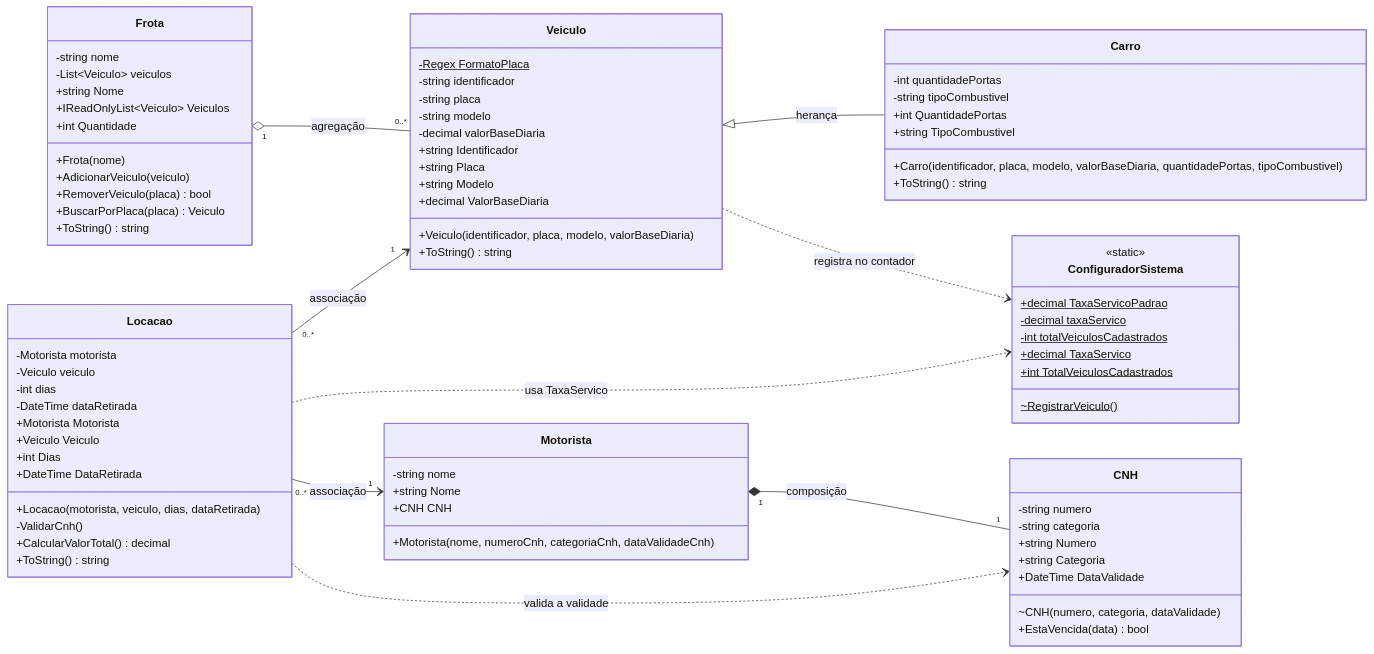
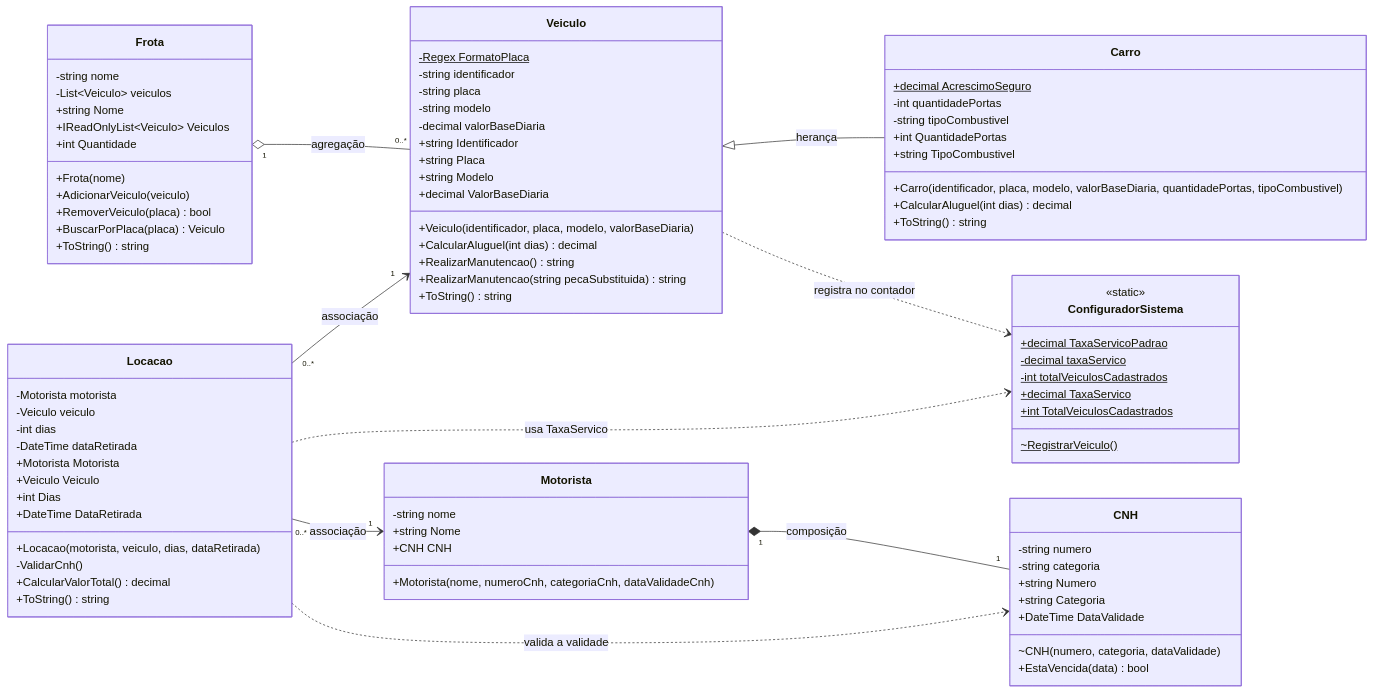
One commit to Gabriel-Srs/UrbanDrive changed the diagram in UrbanDrive.ConsoleApp/docs/diagramas/diagrama-classes.md. Above: the diagram before and after it, drawn with Mermaid. The commit also changed other lines of this file and 2 other files, not shown here.

First line of the commit message:
docs: registra andamento parcial da Sprint 3 no backlog, diagrama e planejamento

```diff
--- a/UrbanDrive.ConsoleApp/docs/diagramas/diagrama-classes.md
+++ b/UrbanDrive.ConsoleApp/docs/diagramas/diagrama-classes.md
@@ -19,15 +19,20 @@
         +string Placa
         +string Modelo
         +decimal ValorBaseDiaria
+        +CalcularAluguel(int dias) decimal
+        +RealizarManutencao() string
+        +RealizarManutencao(string pecaSubstituida) string
         +ToString() string
     }
 
     class Carro {
+        +decimal AcrescimoSeguro$
         -int quantidadePortas
         -string tipoCombustivel
         +Carro(identificador, placa, modelo, valorBaseDiaria, quantidadePortas, tipoCombustivel)
         +int QuantidadePortas
         +string TipoCombustivel
+        +CalcularAluguel(int dias) decimal
         +ToString() string
     }
 
```
